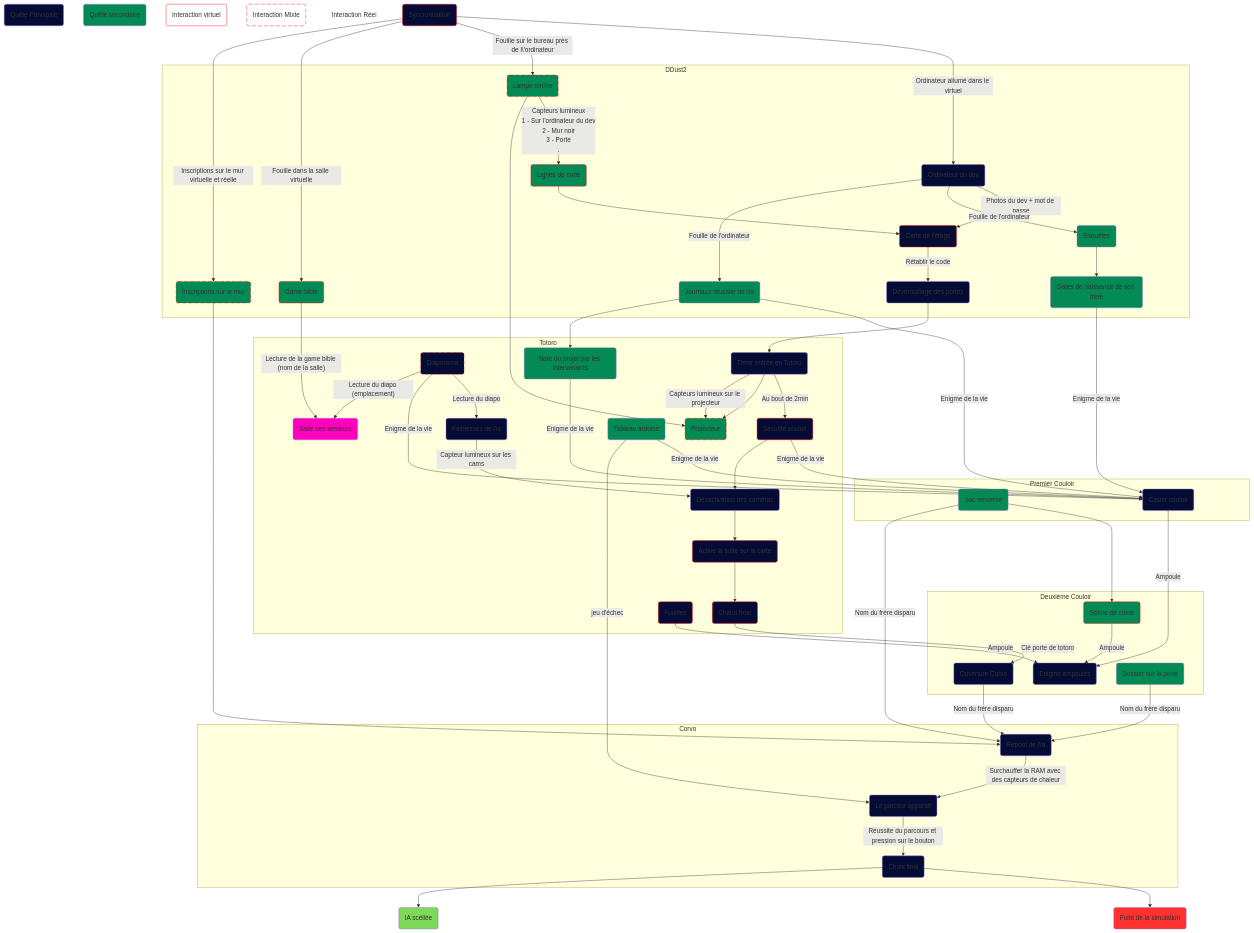
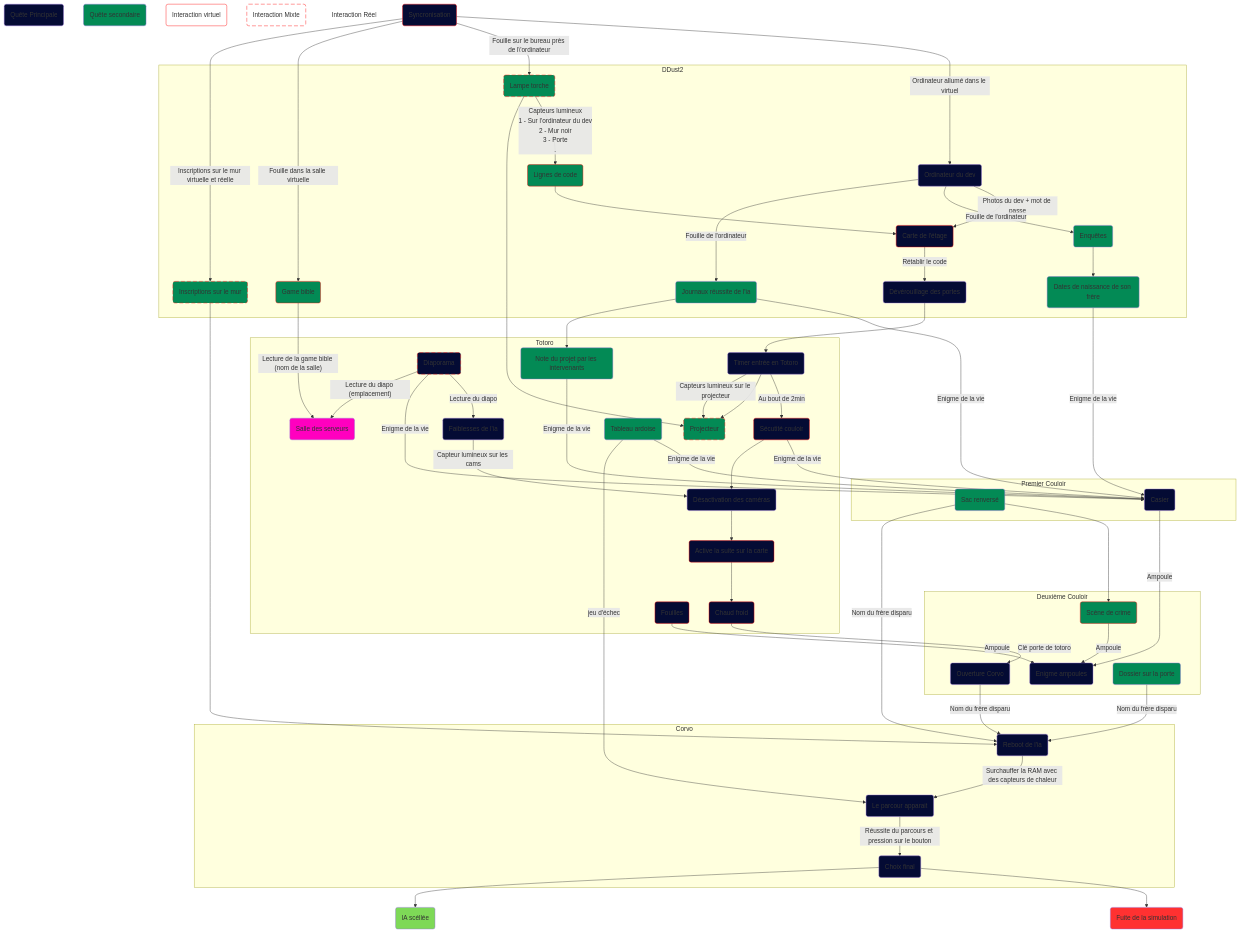
One commit to Escape-Game-Gaming-Campus/.doc changed the first of 2 diagrams in Writerside/topics/Enigmes.md. Above: the diagram before and after it, drawn with Mermaid. The commit also changed other lines of this file, not shown here.

Commit message:
Debug: name of item

```diff
--- a/Writerside/topics/Enigmes.md
+++ b/Writerside/topics/Enigmes.md
@@ -27,7 +27,7 @@
     
     subgraph "Premier Couloir"
         b1("Sac renversé")
-        b2("Casier couloir")
+        b2("Casier")
     end
     
     subgraph Totoro
```
